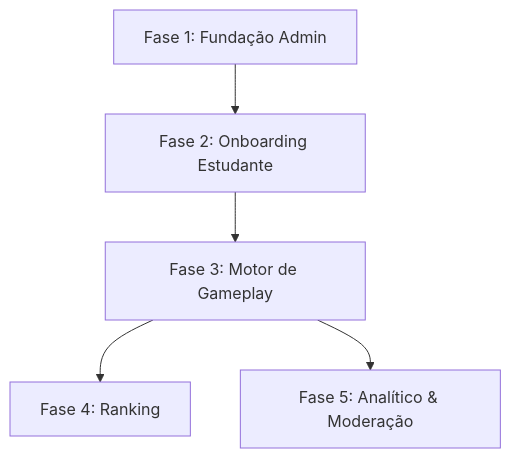
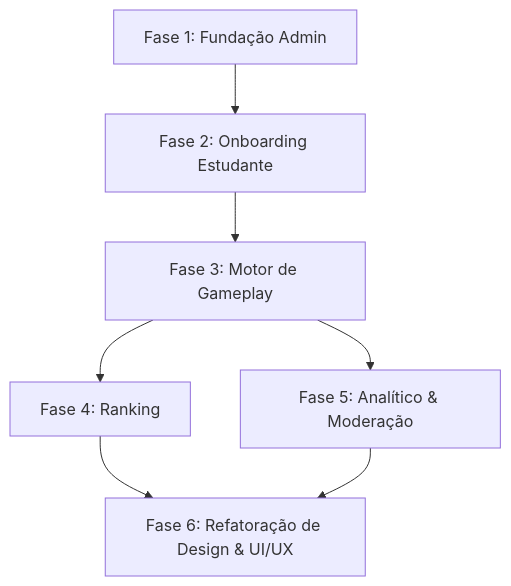
One commit to arthun01/GameQTA changed the diagram in ai-sdd/system/roadmap.md. Above: the diagram before and after it, drawn with Mermaid. The commit also changed other lines of this file and 12 other files, not shown here.

Commit message:
feat: adição dos documentos de ai-sdd e do readme atualizado com as atualizações da refatoração de design

````diff
--- a/ai-sdd/system/roadmap.md
+++ b/ai-sdd/system/roadmap.md
@@ -46,7 +55,9 @@
 ```mermaid
 flowchart TD
     F1[Fase 1: Fundação Admin] --> F2[Fase 2: Onboarding Estudante]
     F2 --> F3[Fase 3: Motor de Gameplay]
     F3 --> F4[Fase 4: Ranking]
     F3 --> F5[Fase 5: Analítico & Moderação]
+    F4 --> F6[Fase 6: Refatoração de Design & UI/UX]
+    F5 --> F6
 ```
````
